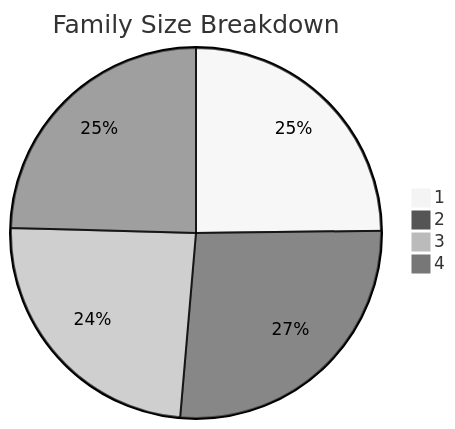
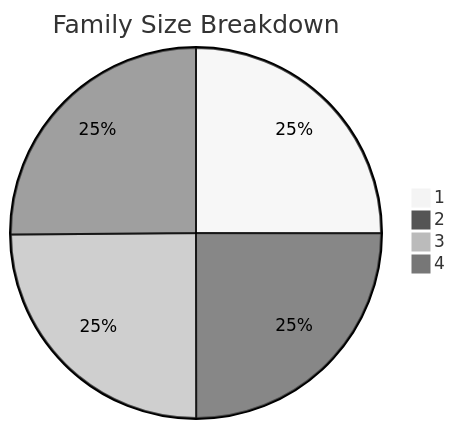
One commit to dhagan-va/intern-2025 changed the sixth of 10 diagrams in test-tools/DataGen/src/Statistics_Visualizer.md. Above: the diagram before and after it, drawn with Mermaid (neutral theme). The commit also changed other lines of this file, not shown here.

````diff
--- a/test-tools/DataGen/src/Statistics_Visualizer.md
+++ b/test-tools/DataGen/src/Statistics_Visualizer.md
@@ -68,7 +68,7 @@
 ```mermaid
 pie title Family Size Breakdown
-    "1" : 100
-    "2" : 107
-    "3" : 97
-    "4" : 99
+    "1" : 10006
+    "2" : 9979
+    "3" : 9952
+    "4" : 10045
 ```
````
